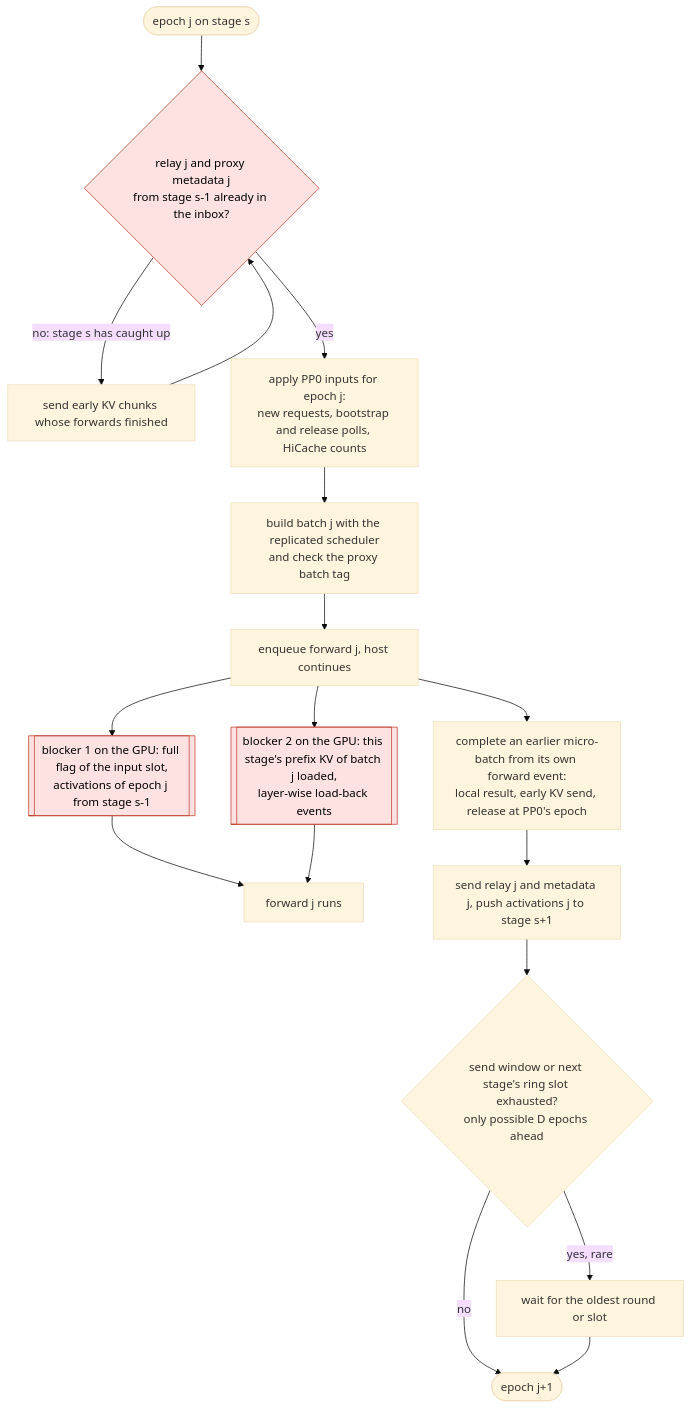
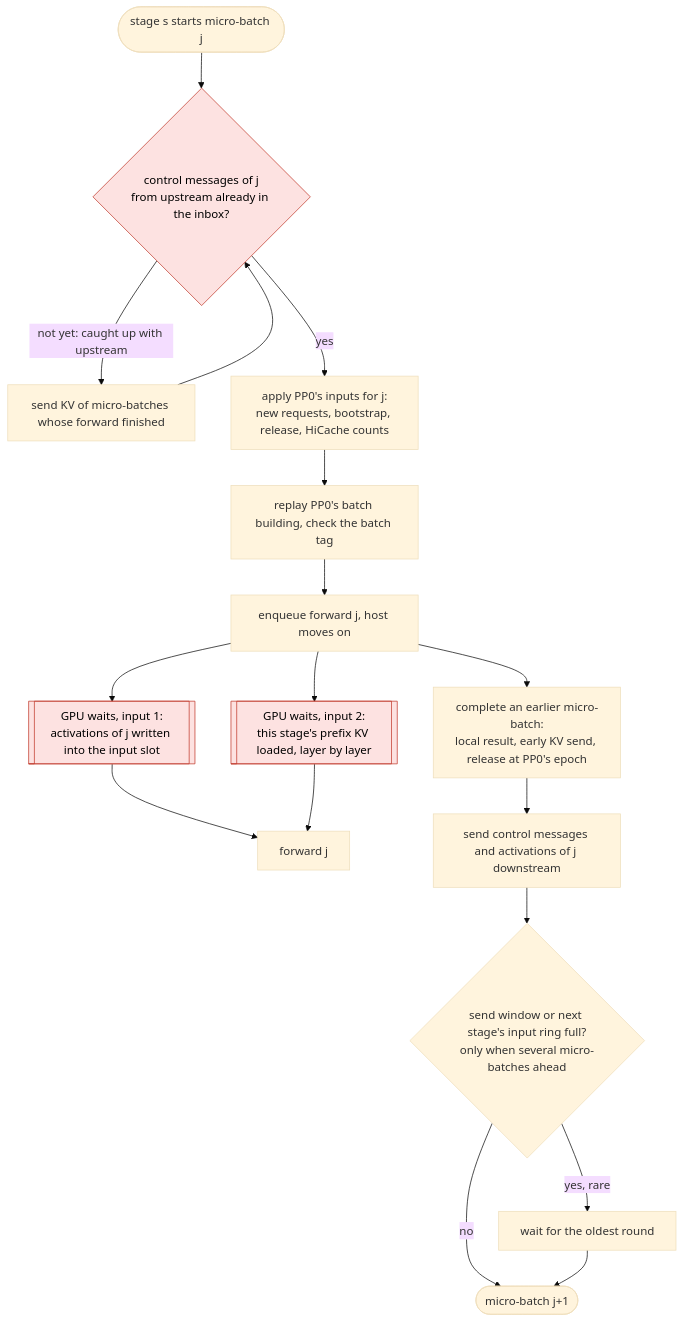
Before and after one commit to YAMY1234/sglang: the diagram in docs/design/async_pp_prefill.md, drawn with Mermaid (base theme). The commit also changed other lines of this file and 10 other files, not shown here.

````diff
--- a/docs/design/async_pp_prefill.md
+++ b/docs/design/async_pp_prefill.md
@@ -479,21 +151,21 @@
 ```mermaid
 flowchart TD
-    start(["epoch j on stage s"]) --> inbox{"relay j and proxy metadata j<br/>from stage s-1 already in the inbox?"}
-    inbox -->|"no: stage s has caught up"| idle["send early KV chunks whose forwards finished"]
+    start(["stage s starts micro-batch j"]) --> inbox{"control messages of j<br/>from upstream already in the inbox?"}
+    inbox -->|"not yet: caught up with upstream"| idle["send KV of micro-batches whose forward finished"]
     idle --> inbox
-    inbox -->|yes| apply["apply PP0 inputs for epoch j:<br/>new requests, bootstrap and release polls, HiCache counts"]
-    apply --> build["build batch j with the replicated scheduler<br/>and check the proxy batch tag"]
-    build --> launch["enqueue forward j, host continues"]
-    launch --> b1[["blocker 1 on the GPU: full flag of the input slot,<br/>activations of epoch j from stage s-1"]]
-    launch --> b2[["blocker 2 on the GPU: this stage's prefix KV of batch j loaded,<br/>layer-wise load-back events"]]
-    b1 --> fwd["forward j runs"]
+    inbox -->|yes| apply["apply PP0's inputs for j:<br/>new requests, bootstrap, release, HiCache counts"]
+    apply --> build["replay PP0's batch building, check the batch tag"]
+    build --> launch["enqueue forward j, host moves on"]
+    launch --> b1[["GPU waits, input 1:<br/>activations of j written into the input slot"]]
+    launch --> b2[["GPU waits, input 2:<br/>this stage's prefix KV loaded, layer by layer"]]
+    b1 --> fwd["forward j"]
     b2 --> fwd
-    launch --> post["complete an earlier micro-batch from its own forward event:<br/>local result, early KV send, release at PP0's epoch"]
-    post --> send["send relay j and metadata j, push activations j to stage s+1"]
-    send --> credit{"send window or next stage's ring slot exhausted?<br/>only possible D epochs ahead"}
-    credit -->|no| nxt(["epoch j+1"])
-    credit -->|"yes, rare"| waitc["wait for the oldest round or slot"]
+    launch --> post["complete an earlier micro-batch:<br/>local result, early KV send, release at PP0's epoch"]
+    post --> send["send control messages and activations of j downstream"]
+    send --> credit{"send window or next stage's input ring full?<br/>only when several micro-batches ahead"}
+    credit -->|no| nxt(["micro-batch j+1"])
+    credit -->|"yes, rare"| waitc["wait for the oldest round"]
     waitc --> nxt
     classDef blocker fill:#fde2e1,stroke:#c0392b,color:#000
-    class b1,b2,inbox blocker
+    class inbox,b1,b2 blocker
 ```
````
